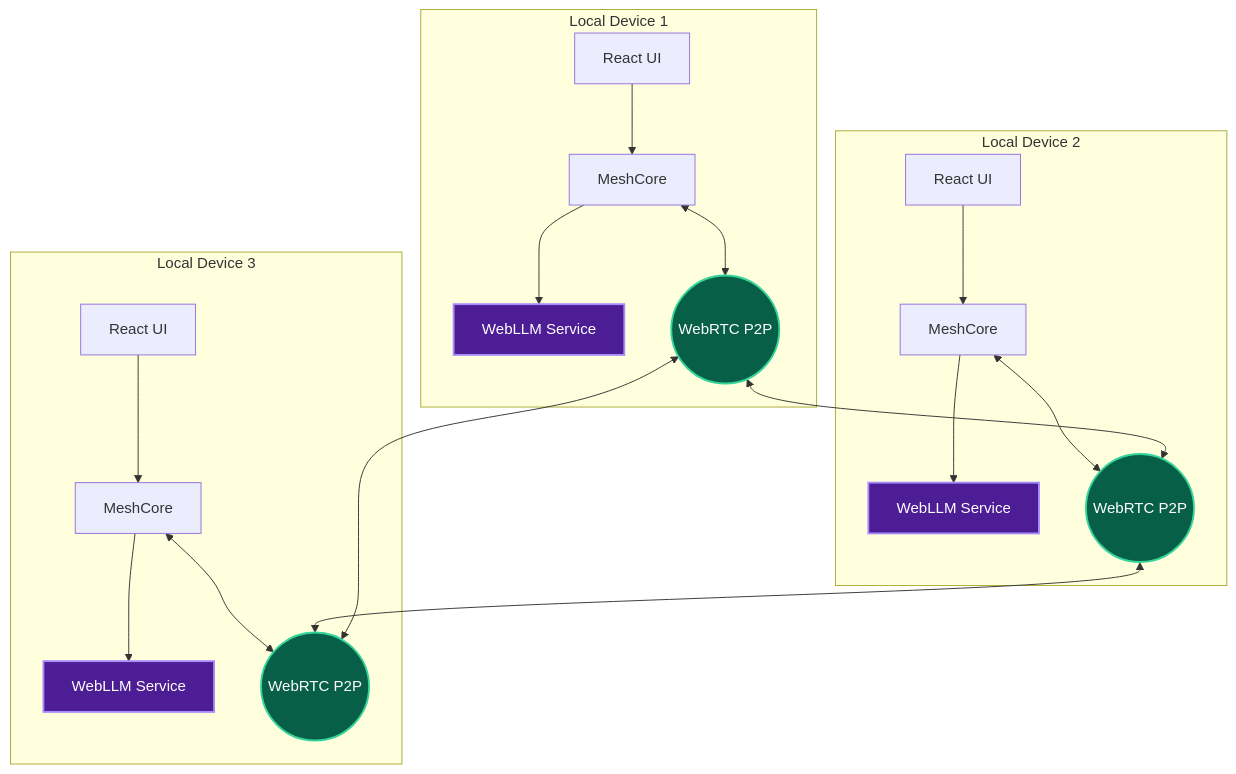
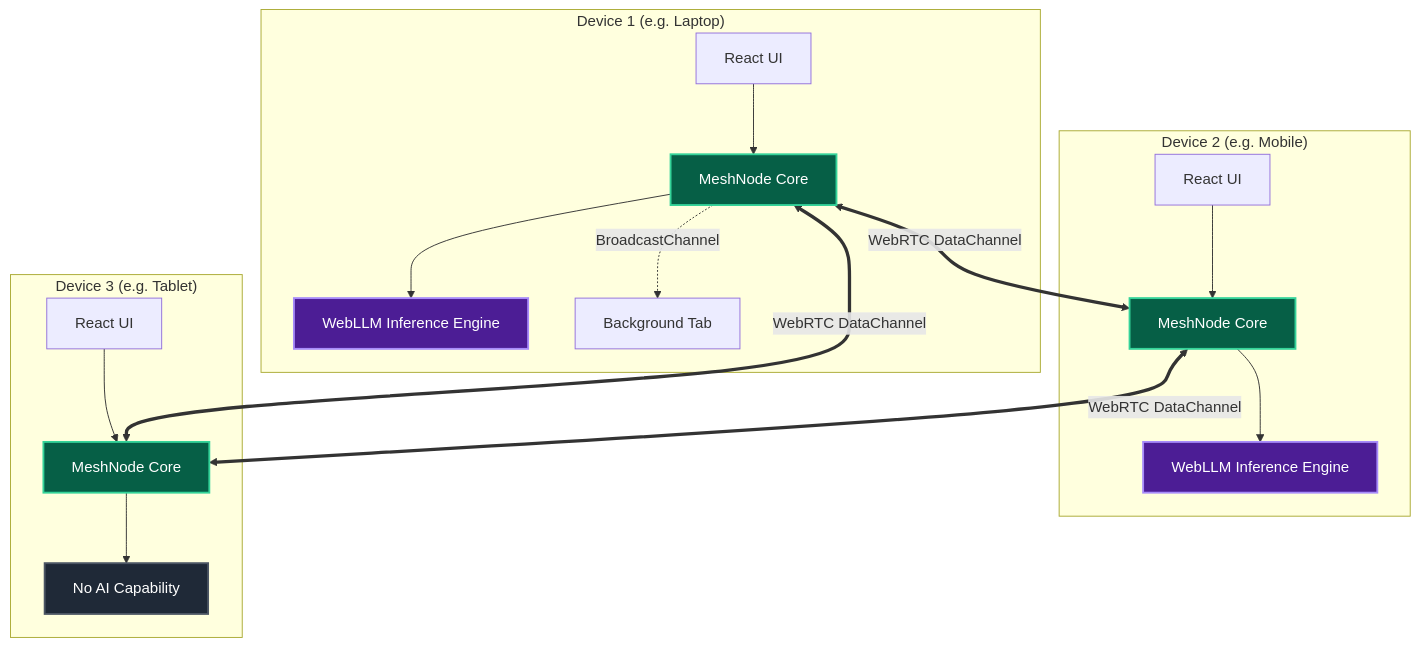
One commit to PTP063/sec-grid changed the diagram in README.md. Above: the diagram before and after it, drawn with Mermaid. The commit also changed other lines of this file and 6 other files, not shown here.

Commit message:
Implement true WebRTC signaling and distributed AI

````diff
--- a/README.md
+++ b/README.md
@@ -40,31 +53,29 @@
 ```mermaid
 graph TD;
-    subgraph Local Device 1
-        UI1[React UI] --> MeshCore1[MeshCore]
-        MeshCore1 --> AI1[WebLLM Service]
-        MeshCore1 <--> WebRTC1((WebRTC P2P))
+    subgraph "Device 1 (e.g. Laptop)"
+        UI1[React UI] --> MeshCore1[MeshNode Core]
+        MeshCore1 --> AI1[WebLLM Inference Engine]
+        MeshCore1 -.-> |BroadcastChannel| BackgroundTab1[Background Tab]
     end
     
-    subgraph Local Device 2
-        UI2[React UI] --> MeshCore2[MeshCore]
-        MeshCore2 --> AI2[WebLLM Service]
-        MeshCore2 <--> WebRTC2((WebRTC P2P))
+    subgraph "Device 2 (e.g. Mobile)"
+        UI2[React UI] --> MeshCore2[MeshNode Core]
+        MeshCore2 --> AI2[WebLLM Inference Engine]
     end
     
-    subgraph Local Device 3
-        UI3[React UI] --> MeshCore3[MeshCore]
-        MeshCore3 --> AI3[WebLLM Service]
-        MeshCore3 <--> WebRTC3((WebRTC P2P))
+    subgraph "Device 3 (e.g. Tablet)"
+        UI3[React UI] --> MeshCore3[MeshNode Core]
+        MeshCore3 --> AI3[No AI Capability]
     end
     
-    WebRTC1 <--> WebRTC2
-    WebRTC2 <--> WebRTC3
-    WebRTC3 <--> WebRTC1
+    MeshCore1 <==>|WebRTC DataChannel| MeshCore2
+    MeshCore2 <==>|WebRTC DataChannel| MeshCore3
+    MeshCore3 <==>|WebRTC DataChannel| MeshCore1
     
     style AI1 fill:#4c1d95,stroke:#a78bfa,stroke-width:2px,color:#fff
     style AI2 fill:#4c1d95,stroke:#a78bfa,stroke-width:2px,color:#fff
-    style AI3 fill:#4c1d95,stroke:#a78bfa,stroke-width:2px,color:#fff
-    style WebRTC1 fill:#065f46,stroke:#34d399,stroke-width:2px,color:#fff
-    style WebRTC2 fill:#065f46,stroke:#34d399,stroke-width:2px,color:#fff
-    style WebRTC3 fill:#065f46,stroke:#34d399,stroke-width:2px,color:#fff
+    style AI3 fill:#1f2937,stroke:#4b5563,stroke-width:2px,color:#fff
+    style MeshCore1 fill:#065f46,stroke:#34d399,stroke-width:2px,color:#fff
+    style MeshCore2 fill:#065f46,stroke:#34d399,stroke-width:2px,color:#fff
+    style MeshCore3 fill:#065f46,stroke:#34d399,stroke-width:2px,color:#fff
 ```
````
